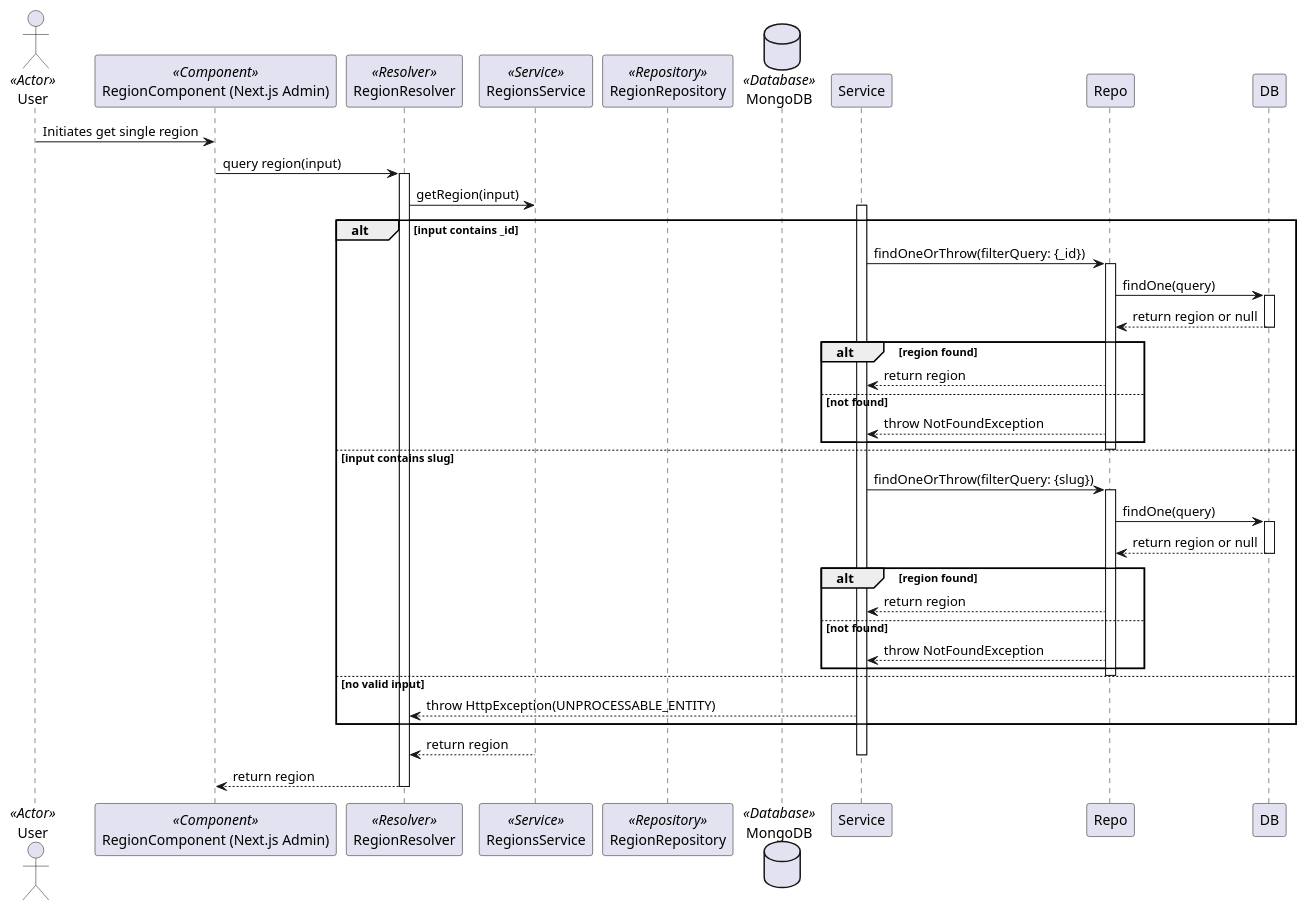
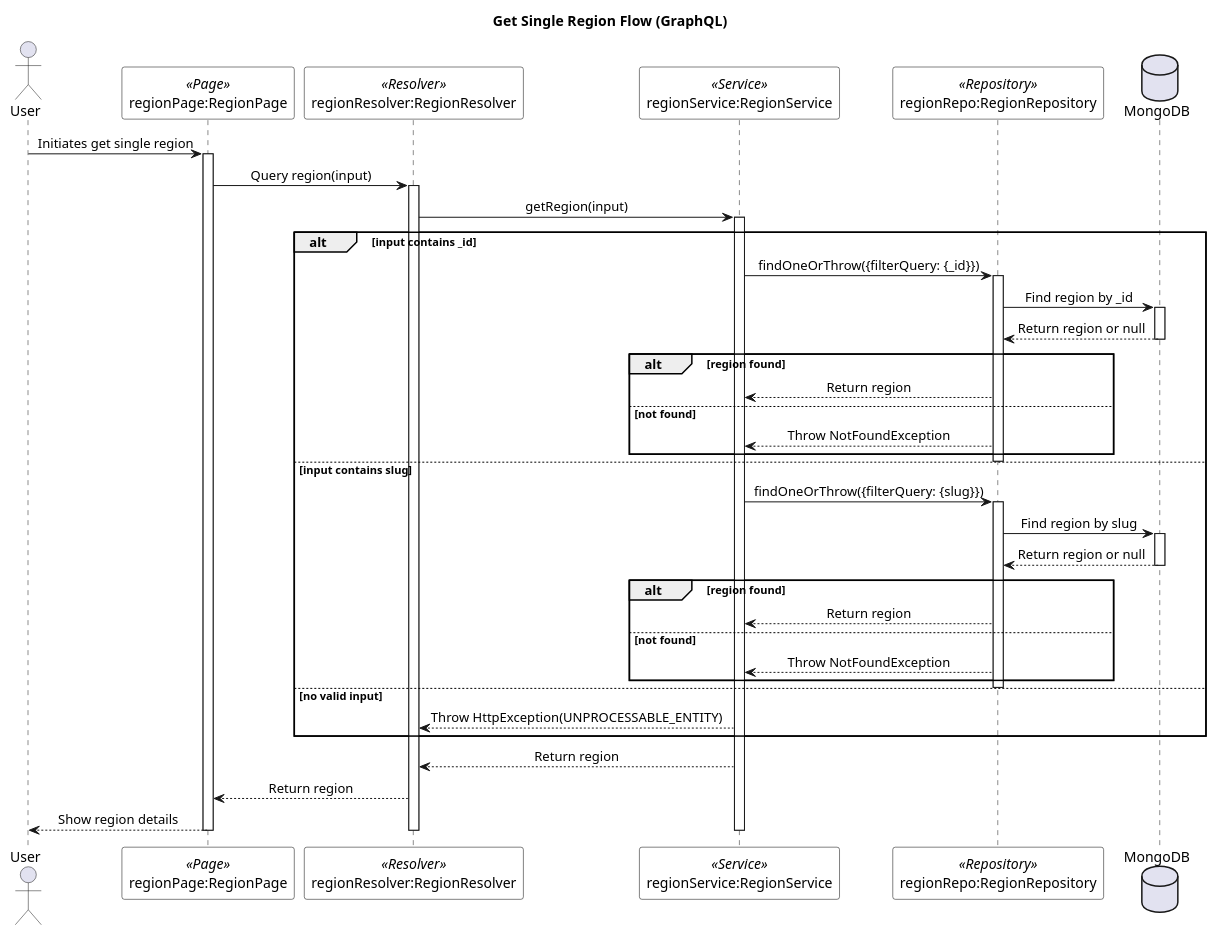
Before and after one commit to lehuygiang28/vphim: the diagram in documents/diagram/sequences/regions/region_get_region.puml, drawn with PlantUML. The commit also changed 4 other files, not shown here.

First line of the commit message:
refactor(diagrams/sequences/regions): 🛠️ update region management flow diagrams for clarity and consistency

```diff
--- a/documents/diagram/sequences/regions/region_get_region.puml
+++ b/documents/diagram/sequences/regions/region_get_region.puml
@@ -1,55 +1,66 @@
-@startuml Region - Get Single Region
+@startuml Get Single Region Flow
 
-actor User <<Actor>>
-participant "RegionComponent (Next.js Admin)" as RegionComponent <<Component>>
-participant "RegionResolver" as Resolver <<Resolver>>
-participant "RegionsService" as RegionsService <<Service>>
-participant "RegionRepository" as RegionRepository <<Repository>>
-database "MongoDB" as MongoDB <<Database>>
+skinparam SequenceMessageAlignment center
+skinparam SequenceBoxBackgroundColor white
+skinparam SequenceBoxBorderColor black
+skinparam NoteBackgroundColor lightyellow
+skinparam NoteBorderColor black
+skinparam ParticipantBackgroundColor white
+skinparam ParticipantBorderColor black
 
-User -> RegionComponent: Initiates get single region
-RegionComponent -> Resolver: query region(input)
-activate Resolver
-Resolver -> RegionsService: getRegion(input)
-activate Service
+title Get Single Region Flow (GraphQL)
+
+actor "User" as user
+participant "regionPage:RegionPage" as regionPage <<Page>>
+participant "regionResolver:RegionResolver" as regionResolver <<Resolver>>
+participant "regionService:RegionService" as regionService <<Service>>
+participant "regionRepo:RegionRepository" as regionRepo <<Repository>>
+database "MongoDB" as mongoDB
+
+user -> regionPage : Initiates get single region
+activate regionPage
+
+regionPage -> regionResolver : Query region(input)
+activate regionResolver
+regionResolver -> regionService : getRegion(input)
+activate regionService
 
 alt input contains _id
-    Service -> Repo: findOneOrThrow(filterQuery: {_id})
-    activate Repo
-    Repo -> DB: findOne(query)
-    activate DB
-    DB --> Repo: return region or null
-    deactivate DB
-    
+    regionService -> regionRepo : findOneOrThrow({filterQuery: {_id}})
+    activate regionRepo
+    regionRepo -> mongoDB : Find region by _id
+    activate mongoDB
+    mongoDB --> regionRepo : Return region or null
+    deactivate mongoDB
     alt region found
-        Repo --> Service: return region
+        regionRepo --> regionService : Return region
     else not found
-        Repo --> Service: throw NotFoundException
+        regionRepo --> regionService : Throw NotFoundException
     end
-    deactivate Repo
-    
+    deactivate regionRepo
 else input contains slug
-    Service -> Repo: findOneOrThrow(filterQuery: {slug})
-    activate Repo
-    Repo -> DB: findOne(query)
-    activate DB
-    DB --> Repo: return region or null
-    deactivate DB
-    
+    regionService -> regionRepo : findOneOrThrow({filterQuery: {slug}})
+    activate regionRepo
+    regionRepo -> mongoDB : Find region by slug
+    activate mongoDB
+    mongoDB --> regionRepo : Return region or null
+    deactivate mongoDB
     alt region found
-        Repo --> Service: return region
+        regionRepo --> regionService : Return region
     else not found
-        Repo --> Service: throw NotFoundException
+        regionRepo --> regionService : Throw NotFoundException
     end
-    deactivate Repo
-    
+    deactivate regionRepo
 else no valid input
-    Service --> Resolver: throw HttpException(UNPROCESSABLE_ENTITY)
+    regionService --> regionResolver : Throw HttpException(UNPROCESSABLE_ENTITY)
 end
 
-RegionsService --> Resolver: return region
-deactivate Service
-Resolver --> RegionComponent: return region
-deactivate Resolver
+regionService --> regionResolver : Return region
+regionResolver --> regionPage : Return region
+regionPage --> user : Show region details
 
-@enduml 
+deactivate regionService
+deactivate regionResolver
+deactivate regionPage
+
+@enduml
```
